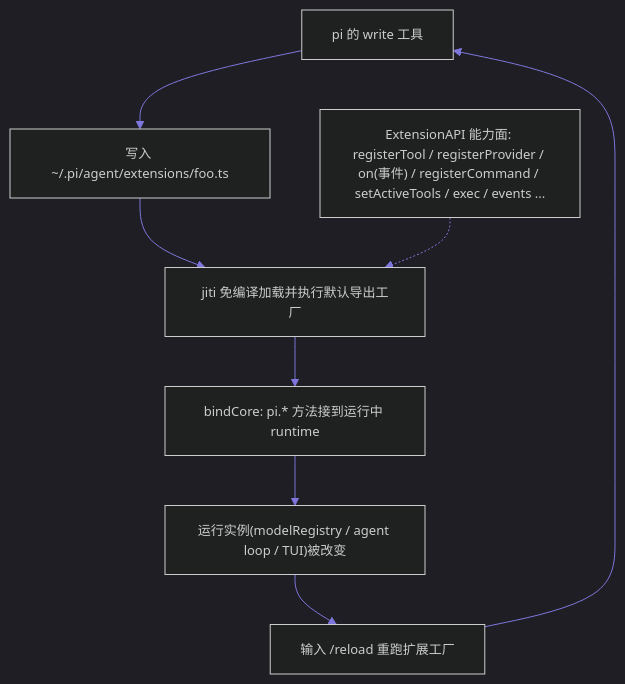
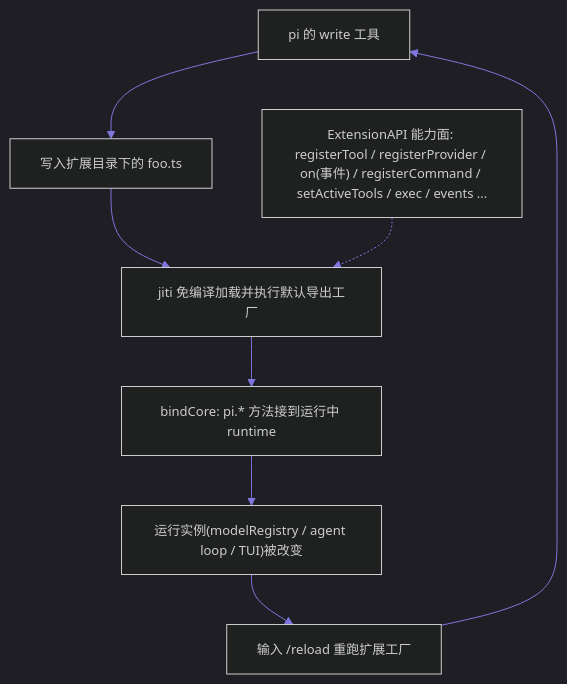
The second of 5 diagrams in knowledge/03-research/Agent/harness-engineering/pi-harness.md (chm535091029/wiki), drawn with Mermaid before and after one commit. The commit also changed other lines of this file and 4 other files, not shown here.

````diff
--- a/knowledge/03-research/Agent/harness-engineering/pi-harness.md
+++ b/knowledge/03-research/Agent/harness-engineering/pi-harness.md
@@ -168,11 +194,11 @@
 ```mermaid
 %%{init:{'theme':'dark','themeVariables':{'primaryColor':'#26215C','lineColor':'#7F77DD','fontSize':'13px'}}}%%
 flowchart TB
-    W["pi 的 write 工具"] --> F["写入 ~/.pi/agent/extensions/foo.ts"]
+    W["pi 的 write 工具"] --> F["写入扩展目录下的 foo.ts"]
     F --> J["jiti 免编译加载并执行默认导出工厂"]
     J --> B["bindCore: pi.* 方法接到运行中 runtime"]
     B --> RUN["运行实例(modelRegistry / agent loop / TUI)被改变"]
     RUN --> R["输入 /reload 重跑扩展工厂"]
     R --> W
     API["ExtensionAPI 能力面: registerTool / registerProvider / on(事件) / registerCommand / setActiveTools / exec / events ..."] -.-> J
 ```
````
